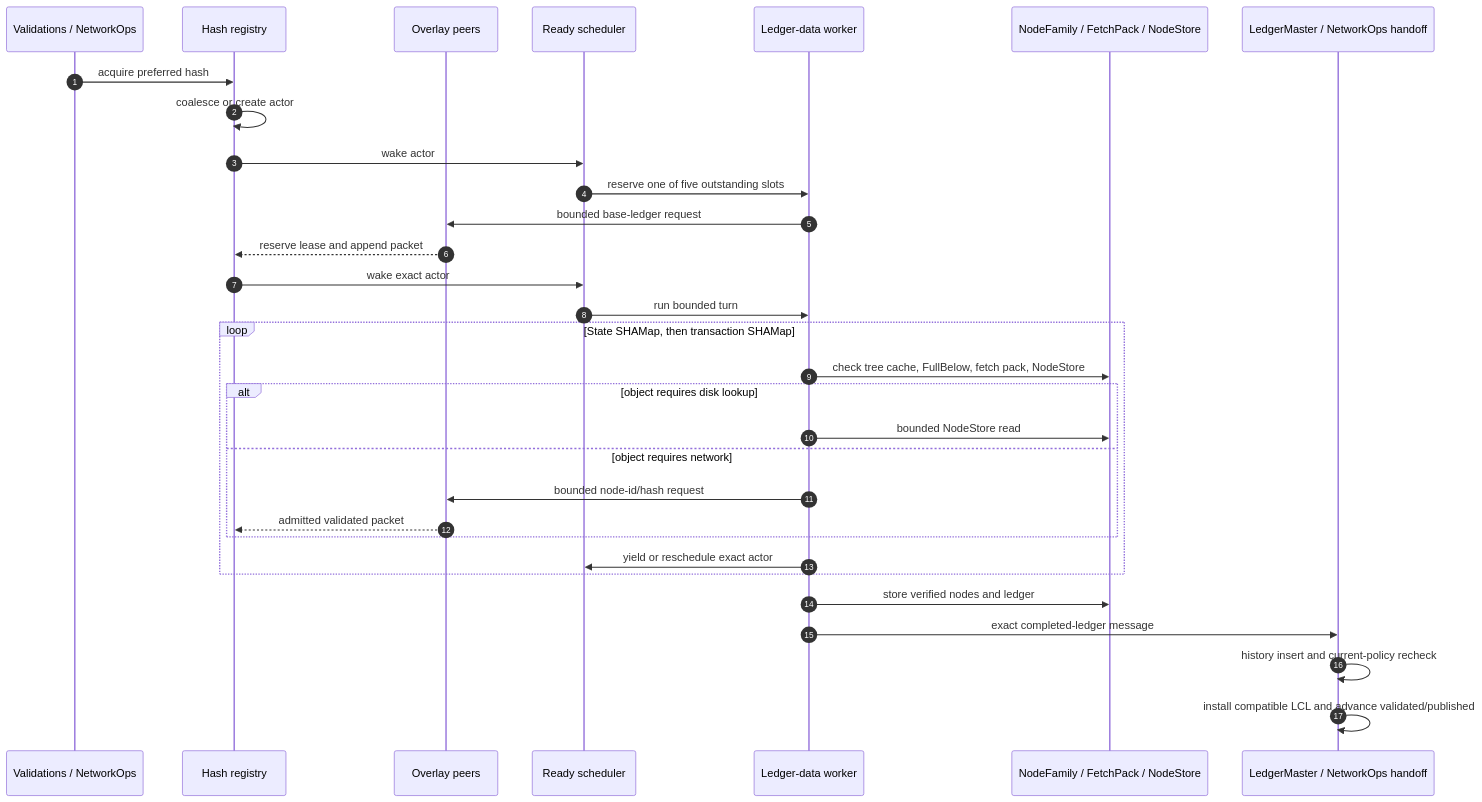
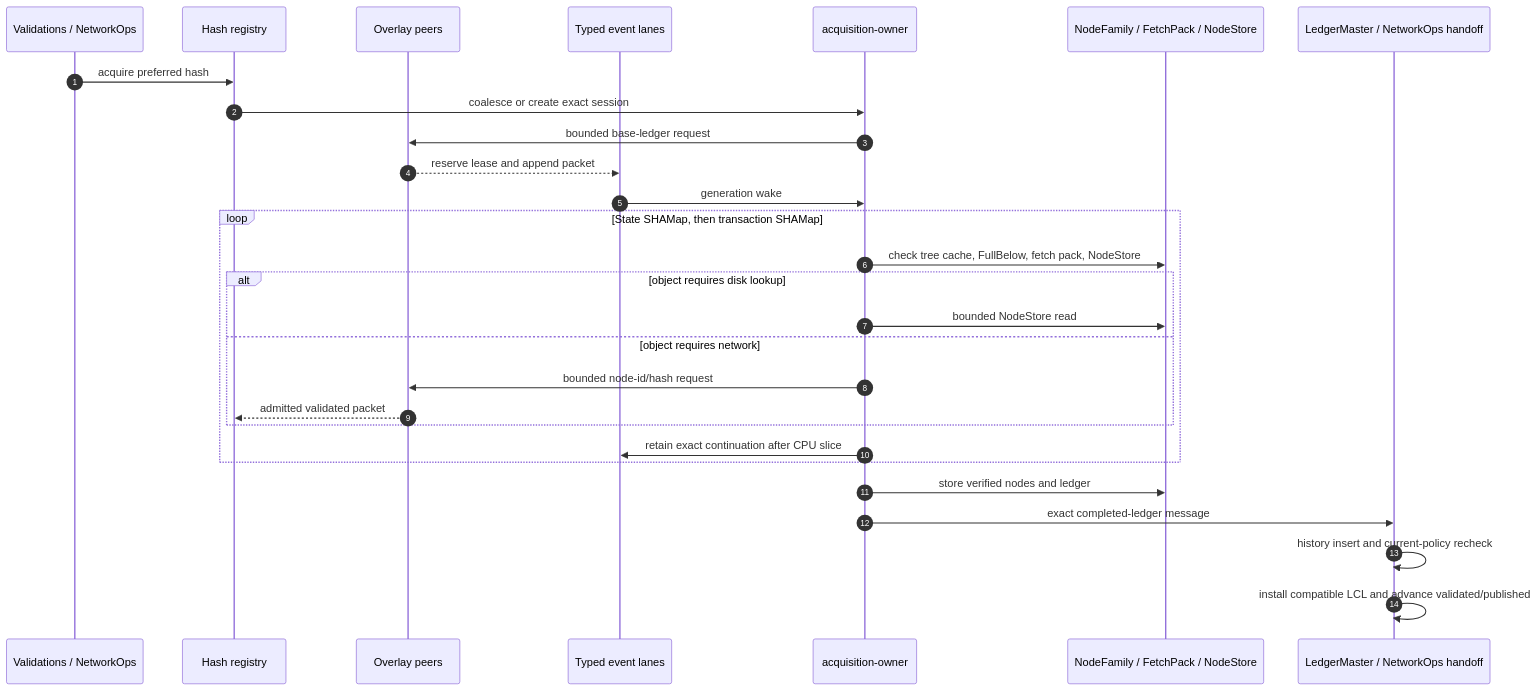
The sixth of 10 diagrams in docs/ACQUISITION.md (TusharPardhe/quaxar), drawn with Mermaid before and after one commit. The commit also changed other lines of this file and 13 other files, not shown here.

````diff
--- a/docs/ACQUISITION.md
+++ b/docs/ACQUISITION.md
@@ -247,34 +248,31 @@
 ```mermaid
 sequenceDiagram
     autonumber
     participant V as Validations / NetworkOps
     participant R as Hash registry
     participant O as Overlay peers
-    participant S as Ready scheduler
-    participant W as Ledger-data worker
+    participant Q as Typed event lanes
+    participant W as acquisition-owner
     participant N as NodeFamily / FetchPack / NodeStore
     participant L as LedgerMaster / NetworkOps handoff
 
     V->>R: acquire preferred hash
-    R->>R: coalesce or create actor
-    R->>S: wake actor
-    S->>W: reserve one of five outstanding slots
+    R->>W: coalesce or create exact session
     W->>O: bounded base-ledger request
-    O-->>R: reserve lease and append packet
-    R->>S: wake exact actor
-    S->>W: run bounded turn
+    O-->>Q: reserve lease and append packet
+    Q->>W: generation wake
     loop State SHAMap, then transaction SHAMap
         W->>N: check tree cache, FullBelow, fetch pack, NodeStore
         alt object requires disk lookup
             W->>N: bounded NodeStore read
         else object requires network
             W->>O: bounded node-id/hash request
             O-->>R: admitted validated packet
         end
-        W->>S: yield or reschedule exact actor
+        W->>Q: retain exact continuation after CPU slice
     end
     W->>N: store verified nodes and ledger
     W->>L: exact completed-ledger message
     L->>L: history insert and current-policy recheck
     L->>L: install compatible LCL and advance validated/published
 ```
````
